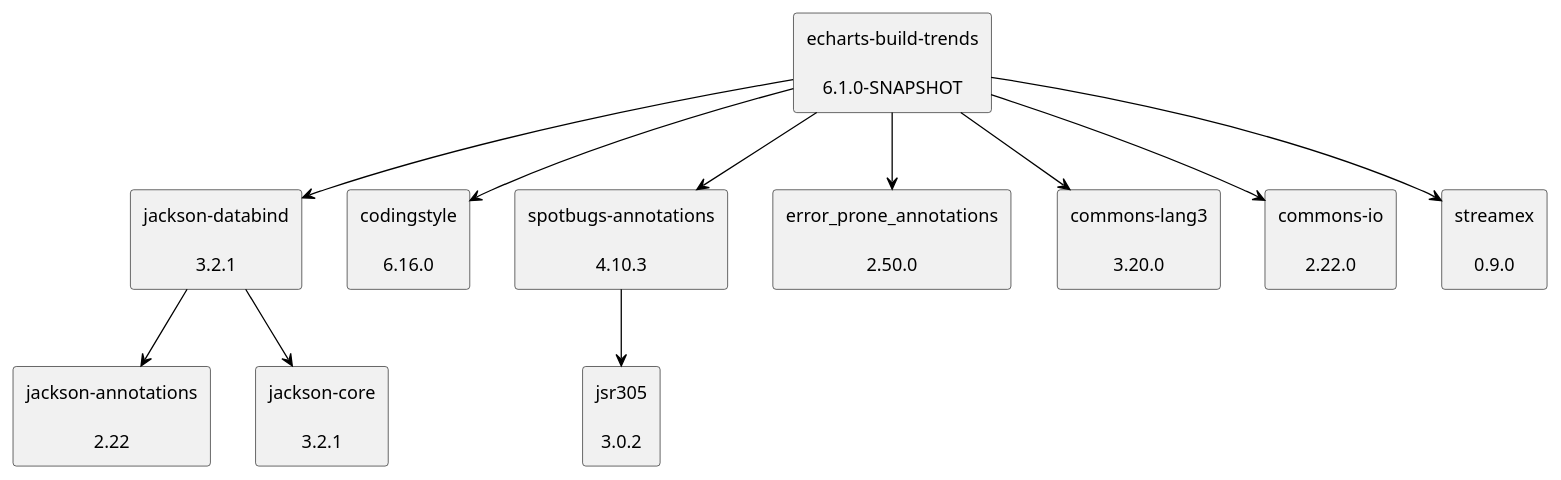
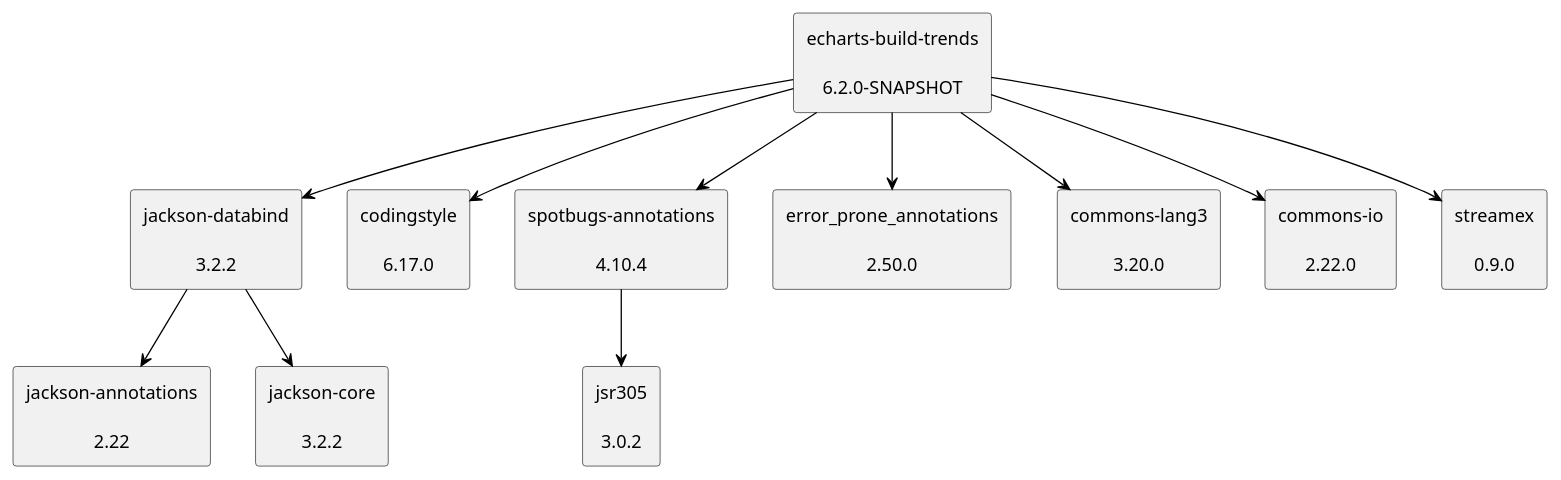
Before and after one commit to uhafner/echarts-build-trends: the diagram in doc/dependency-graph.puml, drawn with PlantUML.

Commit message:
Update dependency graph to latest versions from POM

```diff
--- a/doc/dependency-graph.puml
+++ b/doc/dependency-graph.puml
@@ -1,30 +1,30 @@
 @startuml
 skinparam defaultTextAlignment center
 skinparam rectangle {
   BackgroundColor<<optional>> beige
   BackgroundColor<<test>> lightGreen
   BackgroundColor<<runtime>> lightBlue
   BackgroundColor<<provided>> lightGray
 }
-rectangle "jackson-databind\n\n3.2.1" as tools_jackson_core_jackson_databind_jar
+rectangle "jackson-databind\n\n3.2.2" as tools_jackson_core_jackson_databind_jar
 rectangle "jackson-annotations\n\n2.22" as com_fasterxml_jackson_core_jackson_annotations_jar
-rectangle "jackson-core\n\n3.2.1" as tools_jackson_core_jackson_core_jar
-rectangle "echarts-build-trends\n\n6.1.0-SNAPSHOT" as edu_hm_hafner_echarts_build_trends_jar
-rectangle "codingstyle\n\n6.16.0" as edu_hm_hafner_codingstyle_jar
-rectangle "spotbugs-annotations\n\n4.10.3" as com_github_spotbugs_spotbugs_annotations_jar
+rectangle "jackson-core\n\n3.2.2" as tools_jackson_core_jackson_core_jar
+rectangle "echarts-build-trends\n\n6.2.0-SNAPSHOT" as edu_hm_hafner_echarts_build_trends_jar
+rectangle "codingstyle\n\n6.17.0" as edu_hm_hafner_codingstyle_jar
+rectangle "spotbugs-annotations\n\n4.10.4" as com_github_spotbugs_spotbugs_annotations_jar
 rectangle "jsr305\n\n3.0.2" as com_google_code_findbugs_jsr305_jar
 rectangle "error_prone_annotations\n\n2.50.0" as com_google_errorprone_error_prone_annotations_jar
 rectangle "commons-lang3\n\n3.20.0" as org_apache_commons_commons_lang3_jar
 rectangle "commons-io\n\n2.22.0" as commons_io_commons_io_jar
 rectangle "streamex\n\n0.9.0" as one_util_streamex_jar
 tools_jackson_core_jackson_databind_jar -[#000000]-> com_fasterxml_jackson_core_jackson_annotations_jar
 tools_jackson_core_jackson_databind_jar -[#000000]-> tools_jackson_core_jackson_core_jar
 edu_hm_hafner_echarts_build_trends_jar -[#000000]-> tools_jackson_core_jackson_databind_jar
 edu_hm_hafner_echarts_build_trends_jar -[#000000]-> edu_hm_hafner_codingstyle_jar
 com_github_spotbugs_spotbugs_annotations_jar -[#000000]-> com_google_code_findbugs_jsr305_jar
 edu_hm_hafner_echarts_build_trends_jar -[#000000]-> com_github_spotbugs_spotbugs_annotations_jar
 edu_hm_hafner_echarts_build_trends_jar -[#000000]-> com_google_errorprone_error_prone_annotations_jar
 edu_hm_hafner_echarts_build_trends_jar -[#000000]-> org_apache_commons_commons_lang3_jar
 edu_hm_hafner_echarts_build_trends_jar -[#000000]-> commons_io_commons_io_jar
 edu_hm_hafner_echarts_build_trends_jar -[#000000]-> one_util_streamex_jar
 @enduml
```
